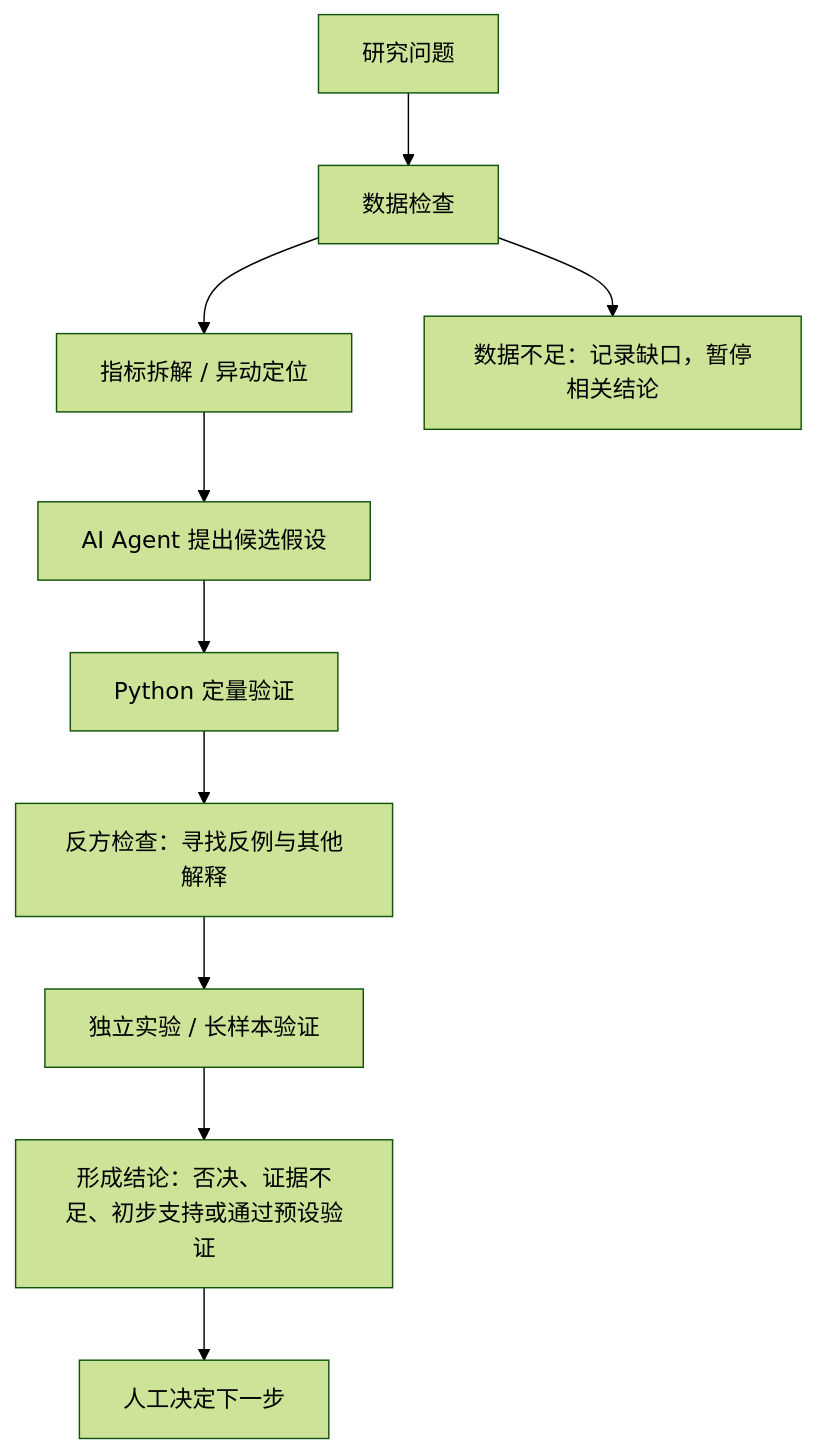
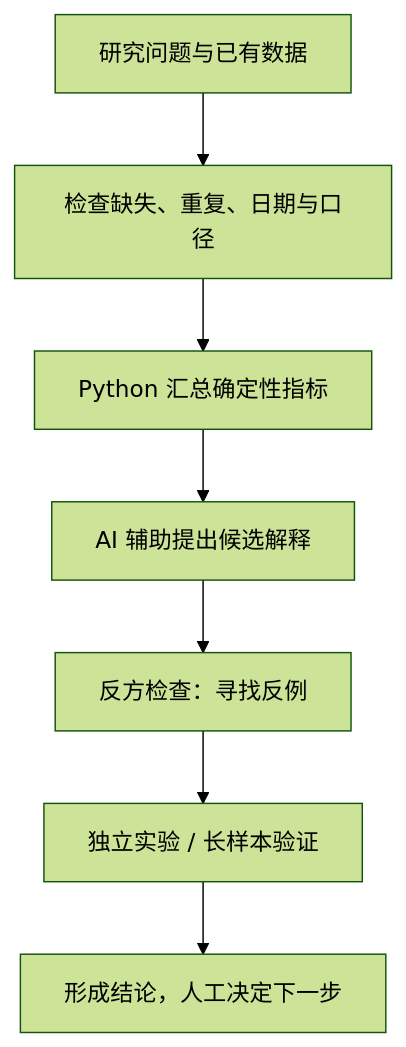
The diagram in README.md (Eriksas/codex-trading-agents), drawn with Mermaid (forest theme) before and after one commit. The commit also changed other lines of this file and 6 other files, not shown here.

````diff
--- a/README.md
+++ b/README.md
@@ -13,12 +33,9 @@
 ```mermaid
 flowchart TD
-    question["研究问题"] --> quality["数据检查"]
-    quality --> diagnosis["指标拆解 / 异动定位"]
-    diagnosis --> hypothesis["AI Agent 提出候选假设"]
-    hypothesis --> pythonCheck["Python 定量验证"]
-    pythonCheck --> critic["反方检查：寻找反例与其他解释"]
-    critic --> experiment["独立实验 / 长样本验证"]
-    experiment --> conclusion["形成结论：否决、证据不足、初步支持或通过预设验证"]
-    conclusion --> owner["人工决定下一步"]
-    quality --> insufficient["数据不足：记录缺口，暂停相关结论"]
+    question["研究问题与已有数据"] --> check["检查缺失、重复、日期与口径"]
+    check --> pythonFacts["Python 汇总确定性指标"]
+    pythonFacts --> hypothesis["AI 辅助提出候选解释"]
+    hypothesis --> critic["反方检查：寻找反例"]
+    critic --> validation["独立实验 / 长样本验证"]
+    validation --> decision["形成结论，人工决定下一步"]
 ```
````
